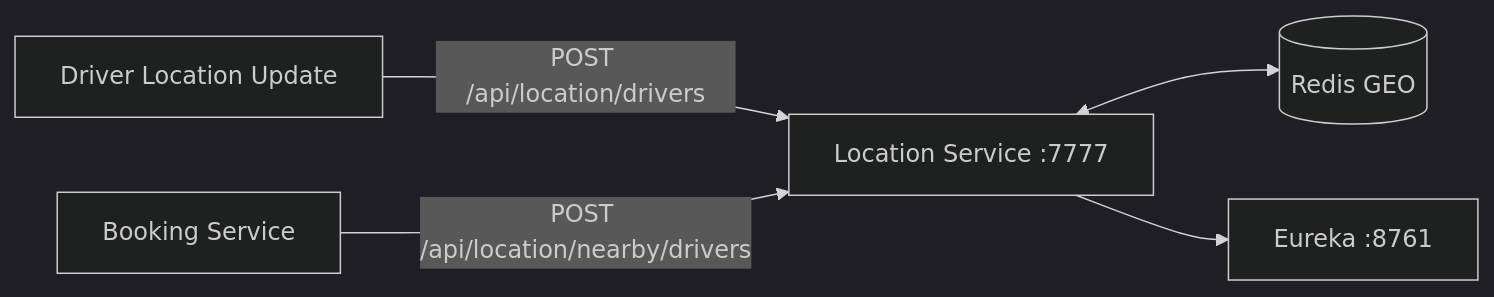
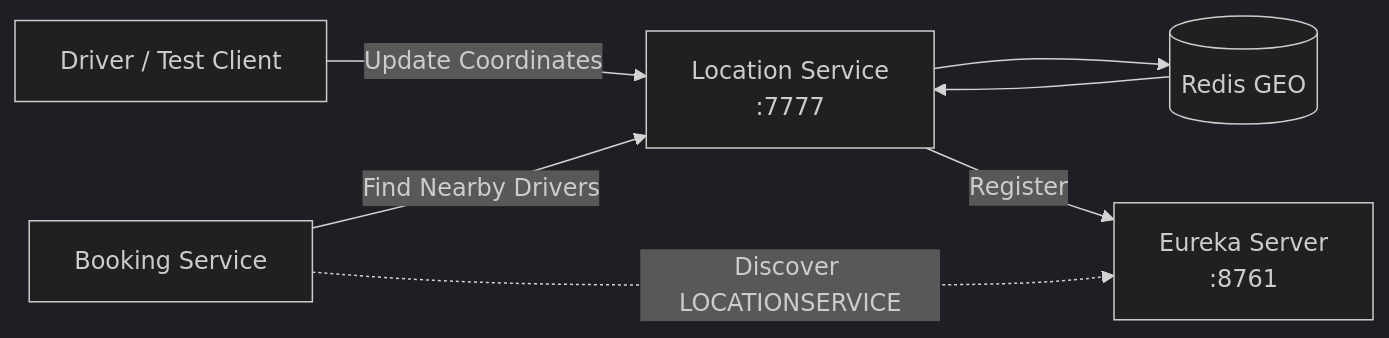
The diagram in README.md (Abhilash-Panja/Location-Service), drawn with Mermaid (dark theme) before and after one commit. The commit also changed other lines of this file, not shown here.

````diff
--- a/README.md
+++ b/README.md
@@ -18,13 +50,17 @@
 ```mermaid
 flowchart LR
-    Driver[Driver Location Update]
+    Driver[Driver / Test Client]
     Booking[Booking Service]
-    Location[Location Service :7777]
+    Location[Location Service<br/>:7777]
     Redis[(Redis GEO)]
-    Eureka[Eureka :8761]
+    Eureka[Eureka Server<br/>:8761]
 
-    Driver -->|POST /api/location/drivers| Location
-    Booking -->|POST /api/location/nearby/drivers| Location
-    Location <--> Redis
-    Location --> Eureka
+    Driver -->|Update Coordinates| Location
+    Booking -->|Find Nearby Drivers| Location
+
+    Location --> Redis
+    Redis --> Location
+
+    Location -->|Register| Eureka
+    Booking -. Discover LOCATIONSERVICE .-> Eureka
 ```
````
